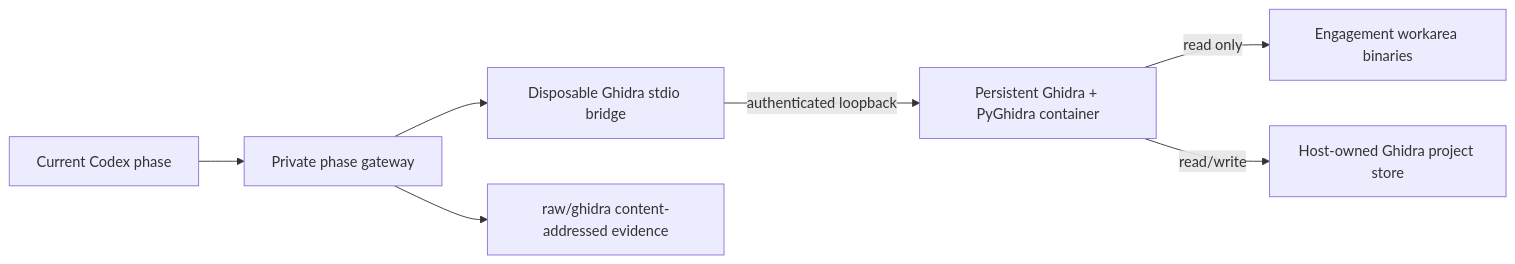
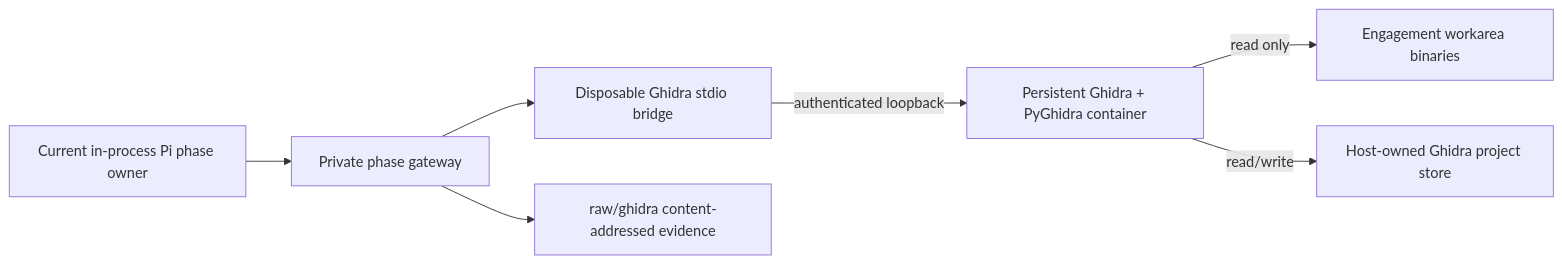
The diagram in docs/runtimes/ghidra.md (cyberful/cyberful), drawn with Mermaid before and after one commit. The commit also changed 196 other files, not shown here.

````diff
--- a/docs/runtimes/ghidra.md
+++ b/docs/runtimes/ghidra.md
@@ -26,9 +26,9 @@
 ```mermaid
 flowchart LR
-    Phase["Current Codex phase"] --> Gateway["Private phase gateway"]
+    Phase["Current in-process Pi phase owner"] --> Gateway["Private phase gateway"]
     Gateway --> Bridge["Disposable Ghidra stdio bridge"]
     Bridge -->|"authenticated loopback"| Runtime["Persistent Ghidra + PyGhidra container"]
     Runtime -->|"read only"| Workarea["Engagement workarea binaries"]
     Runtime -->|"read/write"| Store["Host-owned Ghidra project store"]
     Gateway --> Evidence["raw/ghidra content-addressed evidence"]
 ```
````
